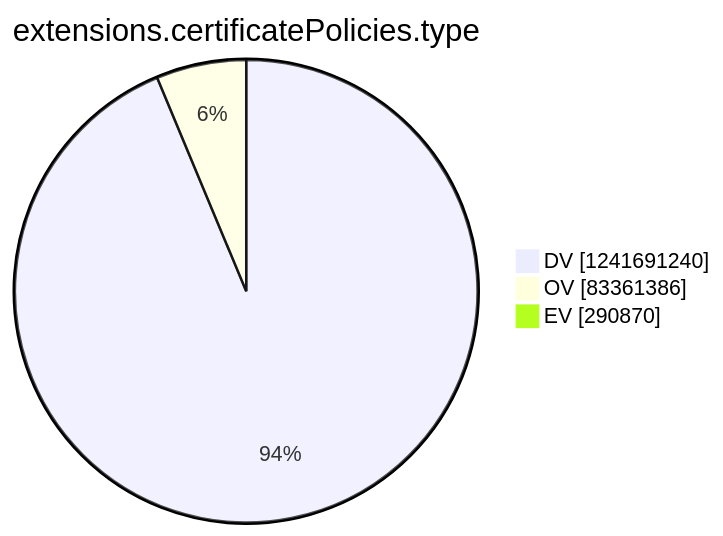
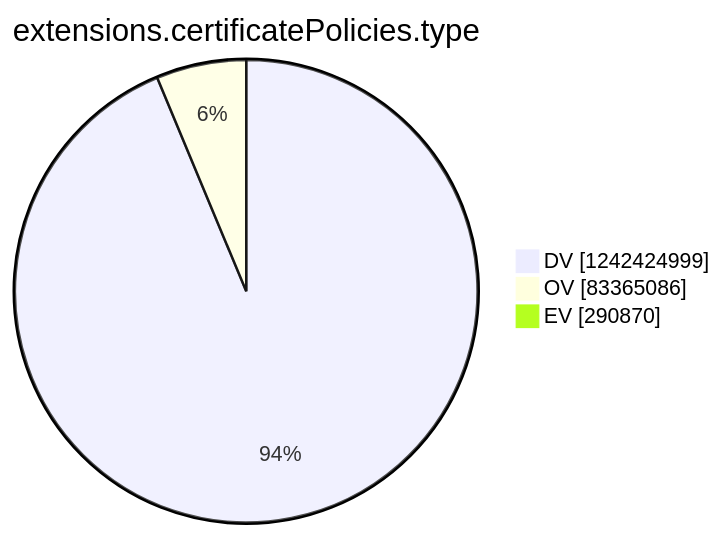
One commit to christiankrug/ctmonitor_visualization changed the tenth of 15 diagrams in argon2022/README.md. Above: the diagram before and after it, drawn with Mermaid. The commit also changed other lines of this file, not shown here.

````diff
--- a/argon2022/README.md
+++ b/argon2022/README.md
@@ -2771,7 +2771,7 @@
 ```mermaid
 pie showData
 title extensions.certificatePolicies.type
-"DV" :1241691240
-"OV" :83361386
+"DV" :1242424999
+"OV" :83365086
 "EV" :290870
 ```
````
